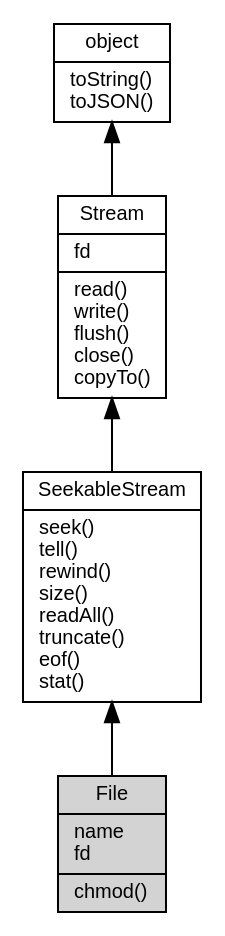
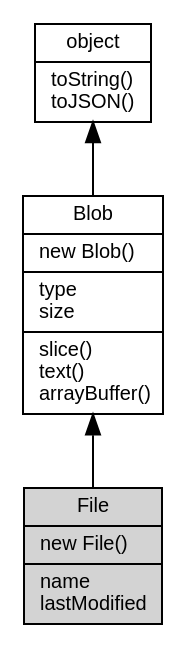
The diagram in docs/manual/object/ifs/File.md (fibjs/fibjs.org), drawn with Graphviz before and after one commit. The commit also changed other lines of this file and 148 other files, not shown here.

First line of the commit message:
feat: add ZlibCodec documentation and update object graph

````diff
--- a/docs/manual/object/ifs/File.md
+++ b/docs/manual/object/ifs/File.md
@@ -11,14 +36,12 @@
 ```dot
 digraph {
     node [fontname="Helvetica,sans-Serif", fontsize=10, shape="record", style="filled", fillcolor="white"];
 
     object [tooltip="object", URL="object.md", label="{object|toString()\ltoJSON()\l}"];
-    Stream [tooltip="Stream", URL="Stream.md", label="{Stream|fd\l|read()\lwrite()\lflush()\lclose()\lcopyTo()\l}"];
-    SeekableStream [tooltip="SeekableStream", URL="SeekableStream.md", label="{SeekableStream|seek()\ltell()\lrewind()\lsize()\lreadAll()\ltruncate()\leof()\lstat()\l}"];
-    File [tooltip="File", fillcolor="lightgray", id="me", label="{File|name\lfd\l|chmod()\l}"];
+    Blob [tooltip="Blob", URL="Blob.md", label="{Blob|new Blob()\l|type\lsize\l|slice()\ltext()\larrayBuffer()\l}"];
+    File [tooltip="File", fillcolor="lightgray", id="me", label="{File|new File()\l|name\llastModified\l}"];
 
-    object -> Stream [dir=back];
-    Stream -> SeekableStream [dir=back];
-    SeekableStream -> File [dir=back];
+    object -> Blob [dir=back];
+    Blob -> File [dir=back];
 }
 ```
````
